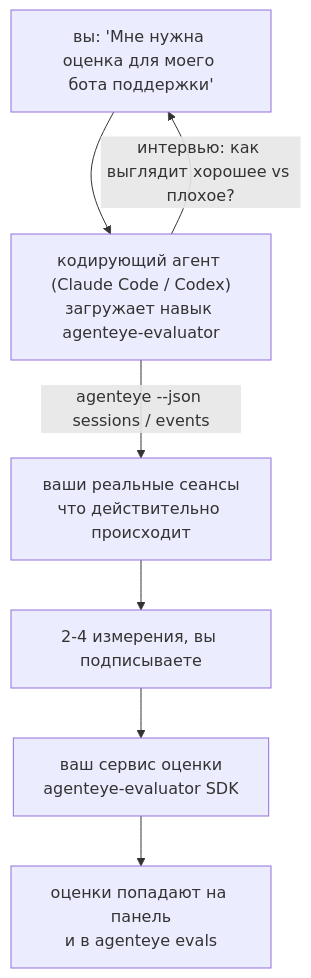
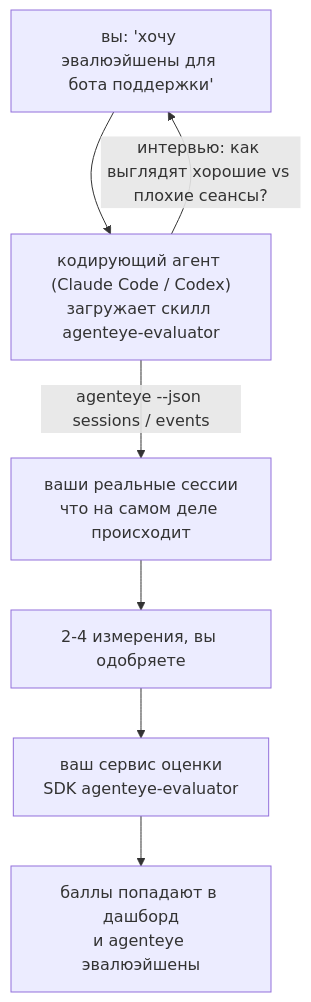
Before and after one commit to FailproofAI/failproofai: the diagram in docs/ru/agenteye/evaluator-skill.mdx, drawn with Mermaid. The commit also changed other lines of this file and 677 other files, not shown here.

````diff
--- a/docs/ru/agenteye/evaluator-skill.mdx
+++ b/docs/ru/agenteye/evaluator-skill.mdx
@@ -22,9 +21,9 @@
 ```mermaid
 flowchart TD
-    YOU["вы: 'Мне нужна оценка для моего бота поддержки'"] --> AGENT["кодирующий агент (Claude Code / Codex)<br/>загружает навык agenteye-evaluator"]
-    AGENT -->|"интервью: как выглядит хорошее vs плохое?"| YOU
-    AGENT -->|"agenteye --json sessions / events"| DATA["ваши реальные сеансы<br/>что действительно происходит"]
-    DATA --> DIMS["2-4 измерения, вы подписываете"]
-    DIMS --> SVC["ваш сервис оценки<br/>agenteye-evaluator SDK"]
-    SVC --> SCORES["оценки попадают на панель<br/>и в agenteye evals"]
+    YOU["вы: 'хочу эвалюэйшены для бота поддержки'"] --> AGENT["кодирующий агент (Claude Code / Codex)<br/>загружает скилл agenteye-evaluator"]
+    AGENT -->|"интервью: как выглядят хорошие vs плохие сеансы?"| YOU
+    AGENT -->|"agenteye --json sessions / events"| DATA["ваши реальные сессии<br/>что на самом деле происходит"]
+    DATA --> DIMS["2-4 измерения, вы одобряете"]
+    DIMS --> SVC["ваш сервис оценки<br/>SDK agenteye-evaluator"]
+    SVC --> SCORES["баллы попадают в дашборд<br/>и agenteye эвалюэйшены"]
 ```
````
